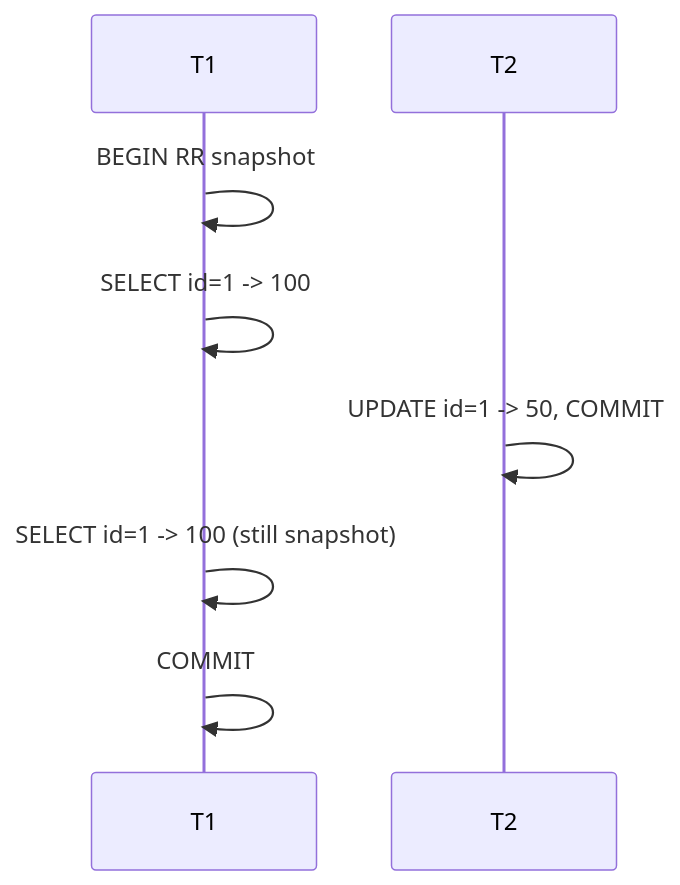
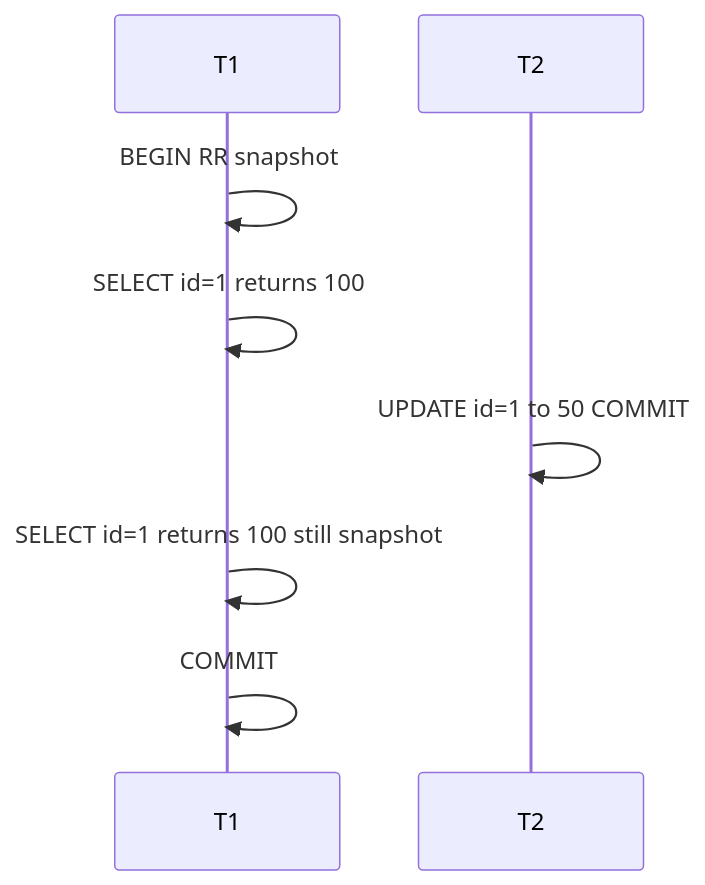
Before and after one commit to hareramcse/SystemDesign: the eighth of 21 diagrams in 02-databases/README.md, drawn with Mermaid. The commit also changed other lines of this file and 6 other files, not shown here.

````diff
--- a/02-databases/README.md
+++ b/02-databases/README.md
@@ -614,10 +614,10 @@
 ```mermaid
 sequenceDiagram
     participant T1
     participant T2
     T1->>T1: BEGIN RR snapshot
-    T1->>T1: SELECT id=1 -> 100
-    T2->>T2: UPDATE id=1 -> 50, COMMIT
-    T1->>T1: SELECT id=1 -> 100 (still snapshot)
+    T1->>T1: SELECT id=1 returns 100
+    T2->>T2: UPDATE id=1 to 50 COMMIT
+    T1->>T1: SELECT id=1 returns 100 still snapshot
     T1->>T1: COMMIT
 ```
````
